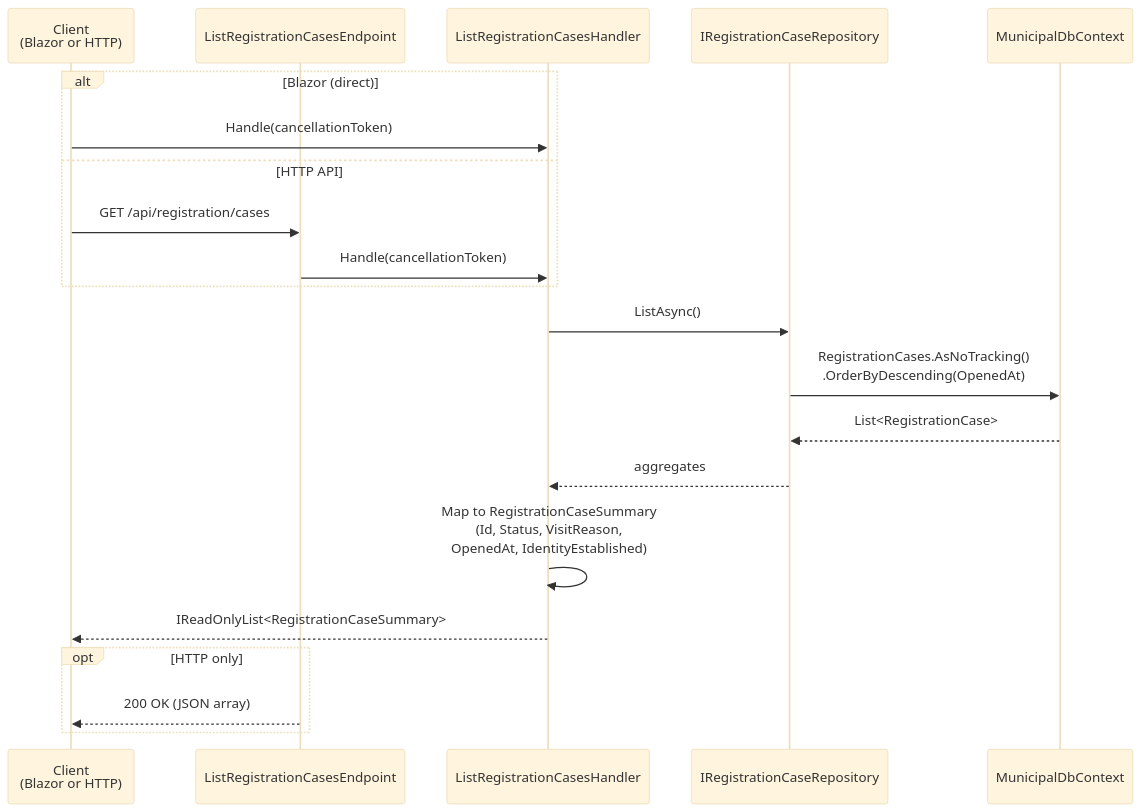
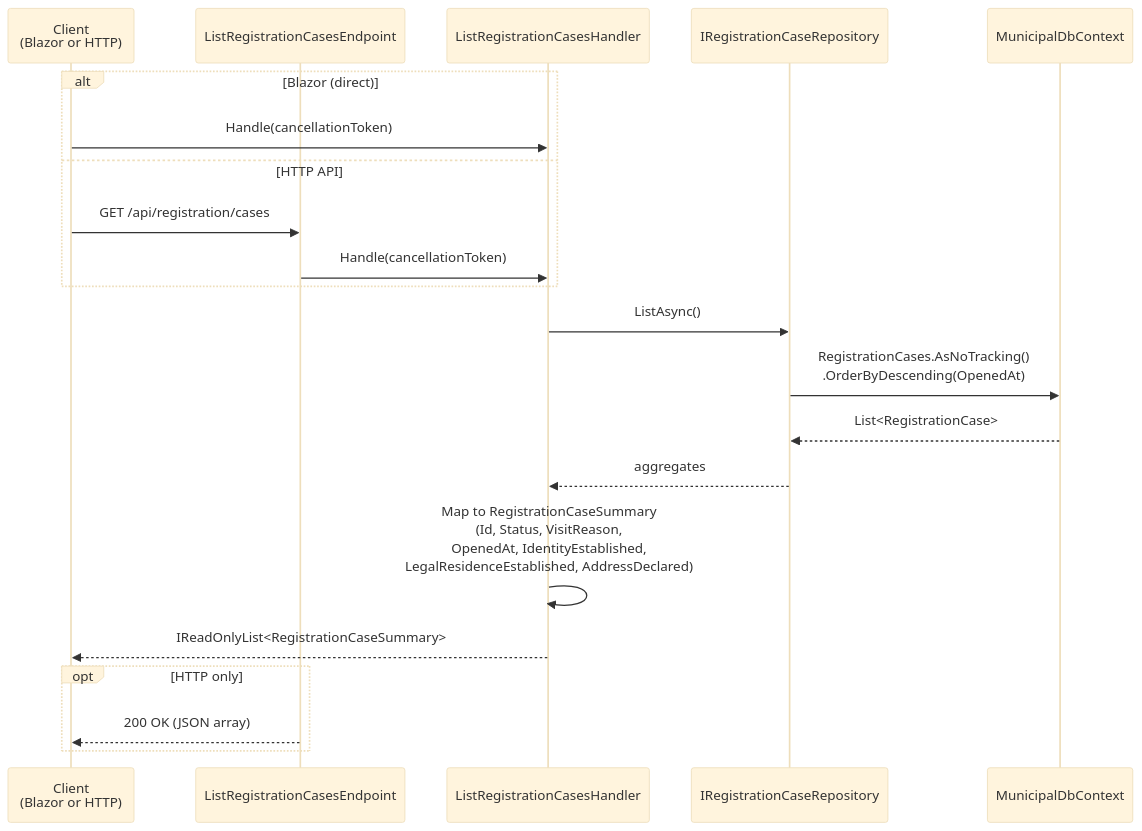
Before and after one commit to JobiJoba/SchaerbeekMunicipality: the diagram in docs/features/registration/list-registration-cases.md, drawn with Mermaid (base theme). The commit also changed other lines of this file and 24 other files, not shown here.

````diff
--- a/docs/features/registration/list-registration-cases.md
+++ b/docs/features/registration/list-registration-cases.md
@@ -17,27 +17,27 @@
 ```mermaid
 sequenceDiagram
     participant Client as Client<br/>(Blazor or HTTP)
     participant EP as ListRegistrationCasesEndpoint
     participant H as ListRegistrationCasesHandler
     participant Repo as IRegistrationCaseRepository
     participant DB as MunicipalDbContext
 
     alt Blazor (direct)
         Client->>H: Handle(cancellationToken)
     else HTTP API
         Client->>EP: GET /api/registration/cases
         EP->>H: Handle(cancellationToken)
     end
 
     H->>Repo: ListAsync()
     Repo->>DB: RegistrationCases.AsNoTracking()<br/>.OrderByDescending(OpenedAt)
     DB-->>Repo: List<RegistrationCase>
     Repo-->>H: aggregates
 
-    H->>H: Map to RegistrationCaseSummary<br/>(Id, Status, VisitReason,<br/>OpenedAt, IdentityEstablished)
+    H->>H: Map to RegistrationCaseSummary<br/>(Id, Status, VisitReason,<br/>OpenedAt, IdentityEstablished,<br/>LegalResidenceEstablished, AddressDeclared)
     H-->>Client: IReadOnlyList<RegistrationCaseSummary>
 
     opt HTTP only
         EP-->>Client: 200 OK (JSON array)
     end
 ```
````
